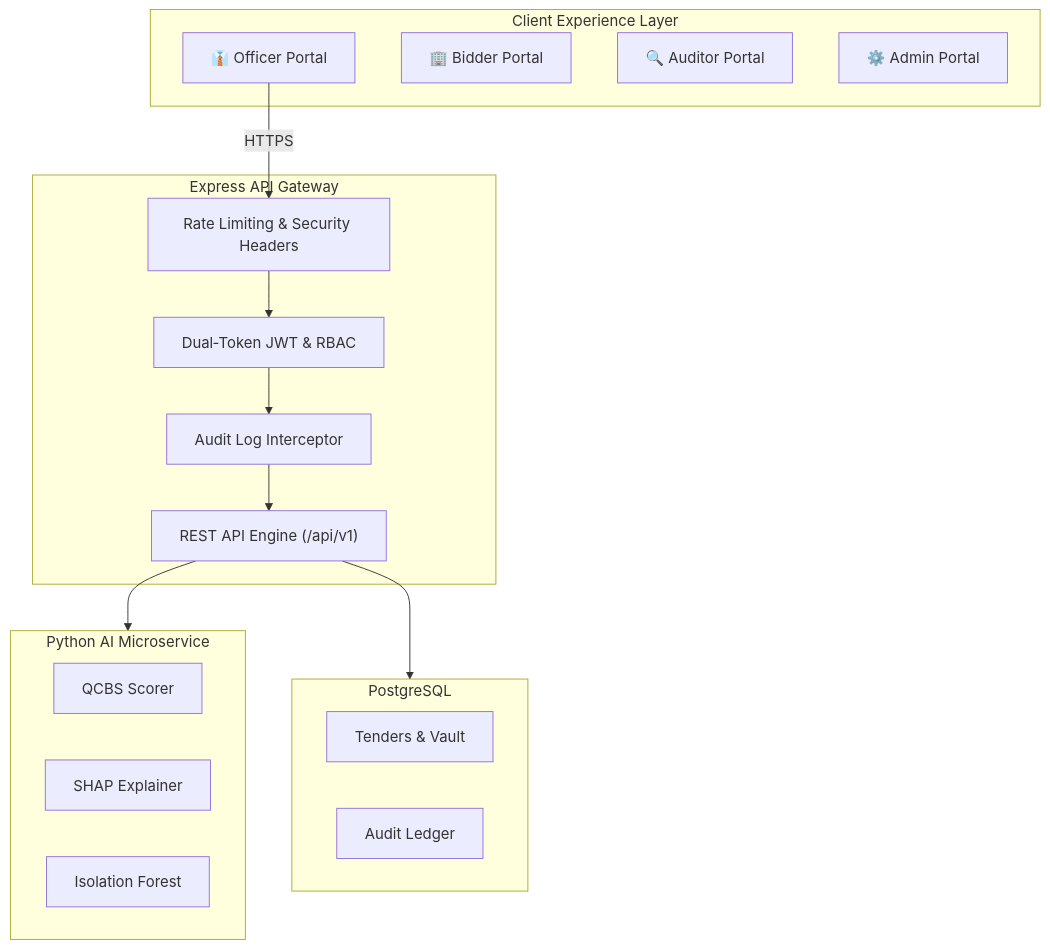
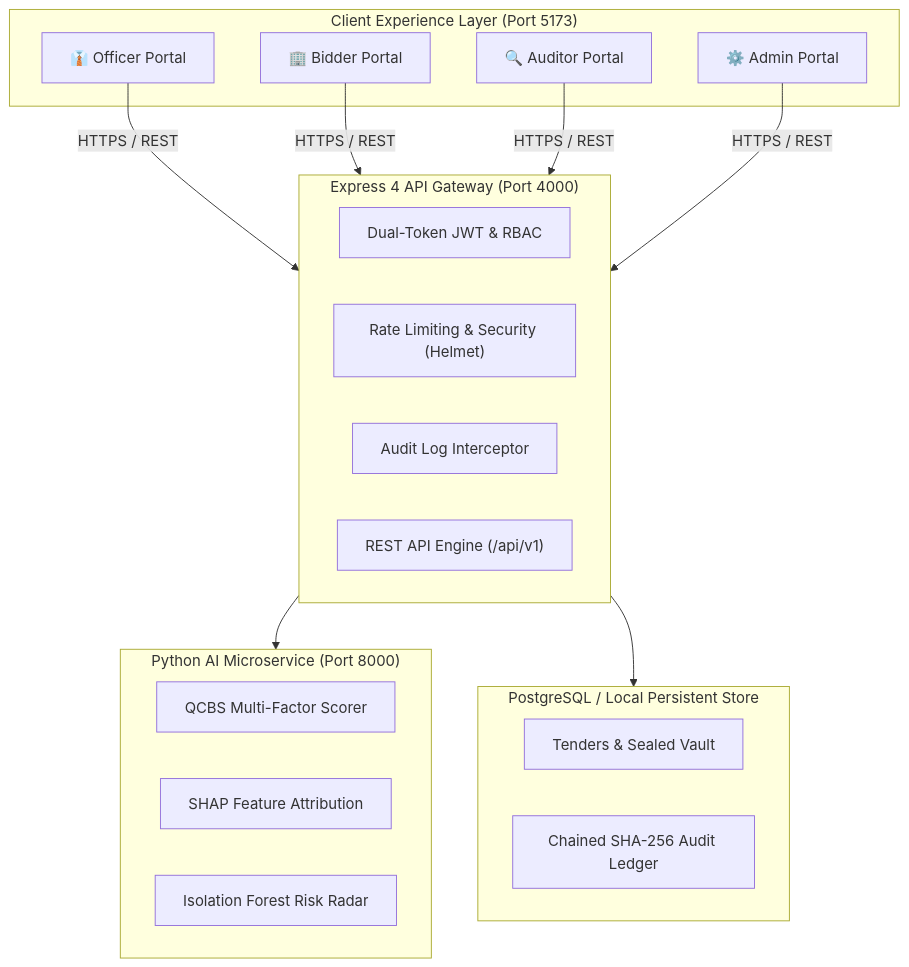
The first of 2 diagrams in README.md (viswanath006/ProcureAI), drawn with Mermaid before and after one commit. The commit also changed other lines of this file and 9 other files, not shown here.

````diff
--- a/README.md
+++ b/README.md
@@ -41,26 +110,28 @@
 ```mermaid
 graph TB
-  subgraph Client ["Client Experience Layer"]
+  subgraph Client ["Client Experience Layer (Port 5173)"]
     UI_Officer["👔 Officer Portal"]
     UI_Bidder["🏢 Bidder Portal"]
     UI_Auditor["🔍 Auditor Portal"]
     UI_Admin["⚙️ Admin Portal"]
   end
-  subgraph Gateway ["Express API Gateway"]
-    MW_Auth["Dual‑Token JWT & RBAC"]
-    MW_Rate["Rate Limiting & Security Headers"]
+  subgraph Gateway ["Express 4 API Gateway (Port 4000)"]
+    MW_Auth["Dual-Token JWT & RBAC"]
+    MW_Rate["Rate Limiting & Security (Helmet)"]
     MW_Audit["Audit Log Interceptor"]
     Router["REST API Engine (/api/v1)"]
   end
-  subgraph AI ["Python AI Microservice"]
-    QCBS["QCBS Scorer"]
-    XAI["SHAP Explainer"]
-    Anomaly["Isolation Forest"]
+  subgraph Intelligence ["Python AI Microservice (Port 8000)"]
+    QCBS["QCBS Multi-Factor Scorer"]
+    XAI["SHAP Feature Attribution"]
+    Anomaly["Isolation Forest Risk Radar"]
   end
-  subgraph DB ["PostgreSQL"]
-    DB_Tenders["Tenders & Vault"]
-    DB_Audit["Audit Ledger"]
+  subgraph DB ["PostgreSQL / Local Persistent Store"]
+    DB_Tenders["Tenders & Sealed Vault"]
+    DB_Ledger["Chained SHA-256 Audit Ledger"]
   end
-  UI_Officer -->|HTTPS| MW_Rate --> MW_Auth --> MW_Audit --> Router --> AI
-  Router --> DB
+
+  UI_Officer & UI_Bidder & UI_Auditor & UI_Admin -->|HTTPS / REST| Gateway
+  Gateway --> Intelligence
+  Gateway --> DB
 ```
````
